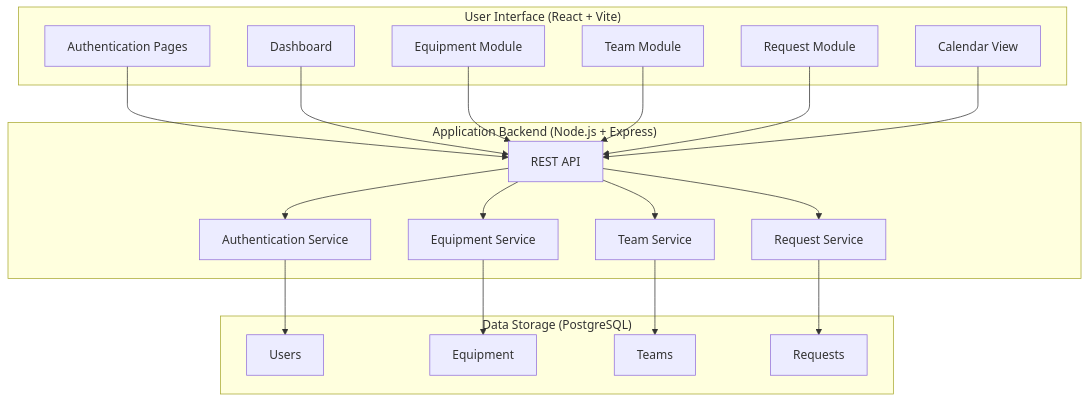
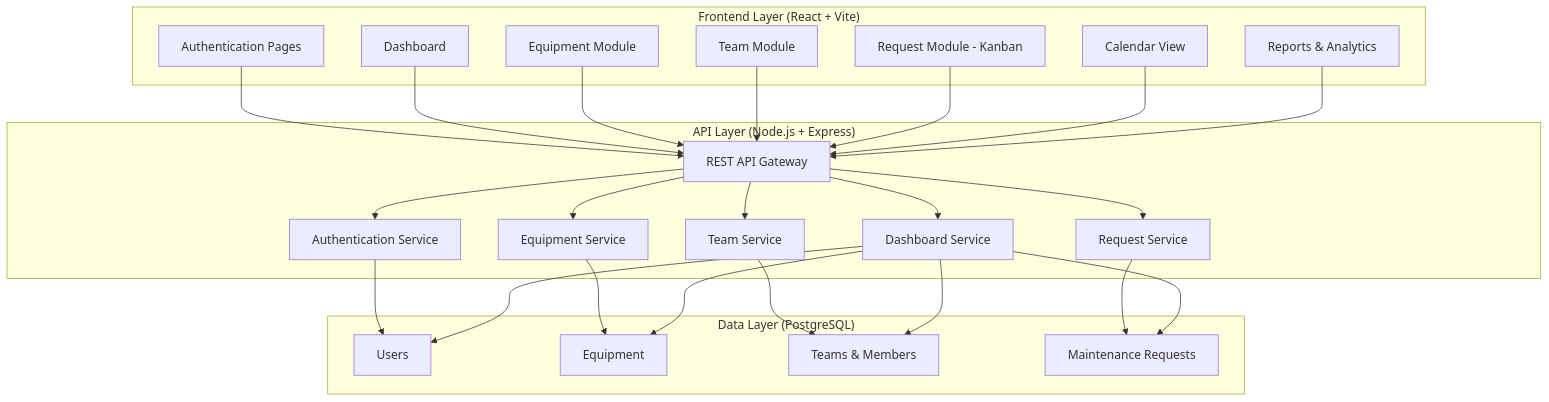
One commit to KunjShah95/odoo-hackathon-adani changed the diagram in README.md. Above: the diagram before and after it, drawn with Mermaid. The commit also changed other lines of this file and 44 other files, not shown here.

Commit message:
feat: Implement initial full-stack application structure including frontend pages, components, and backend API with database migrations.

````diff
--- a/README.md
+++ b/README.md
@@ -41,33 +122,36 @@
 ```mermaid
 graph TB
-    subgraph "User Interface (React + Vite)"
+    subgraph "Frontend Layer (React + Vite)"
         A[Authentication Pages]
         B[Dashboard]
         C[Equipment Module]
         D[Team Module]
-        E[Request Module]
+        E[Request Module - Kanban]
         F[Calendar View]
+        G[Reports & Analytics]
     end
 
-    subgraph "Application Backend (Node.js + Express)"
-        G[REST API]
-        H[Authentication Service]
-        I[Equipment Service]
-        J[Team Service]
-        K[Request Service]
+    subgraph "API Layer (Node.js + Express)"
+        H[REST API Gateway]
+        I[Authentication Service]
+        J[Equipment Service]
+        K[Team Service]
+        L[Request Service]
+        M[Dashboard Service]
     end
 
-    subgraph "Data Storage (PostgreSQL)"
-        L[Users]
-        M[Equipment]
-        N[Teams]
-        O[Requests]
+    subgraph "Data Layer (PostgreSQL)"
+        N[Users]
+        O[Equipment]
+        P[Teams & Members]
+        Q[Maintenance Requests]
     end
 
-    A & B & C & D & E & F --> G
-    G --> H & I & J & K
-    H --> L
-    I --> M
-    J --> N
-    K --> O
+    A & B & C & D & E & F & G --> H
+    H --> I & J & K & L & M
+    I --> N
+    J --> O
+    K --> P
+    L --> Q
+    M --> N & O & P & Q
 ```
````
